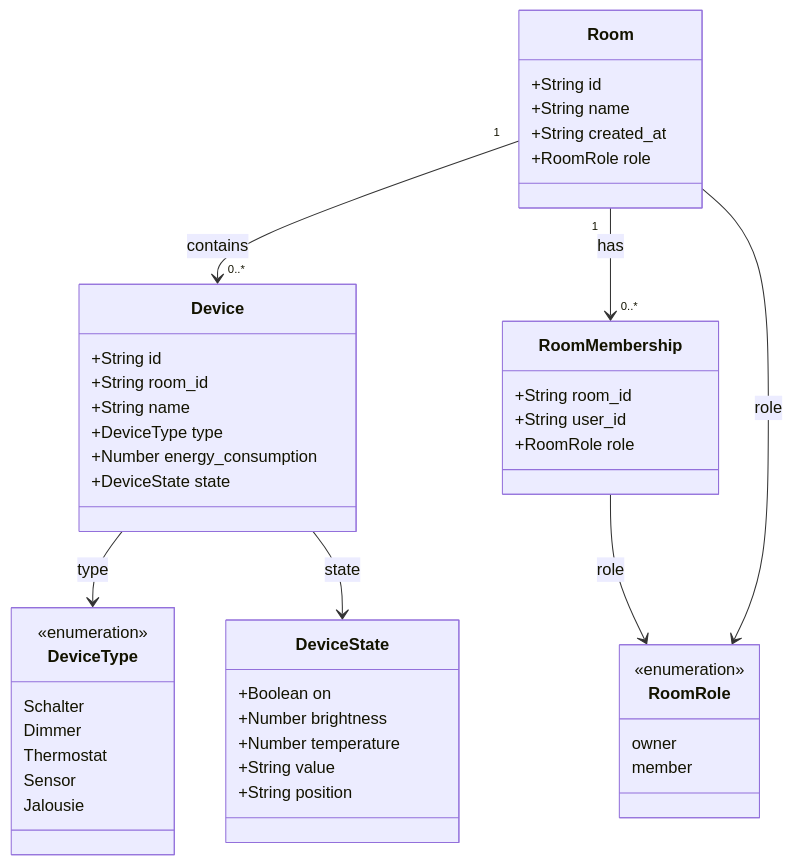
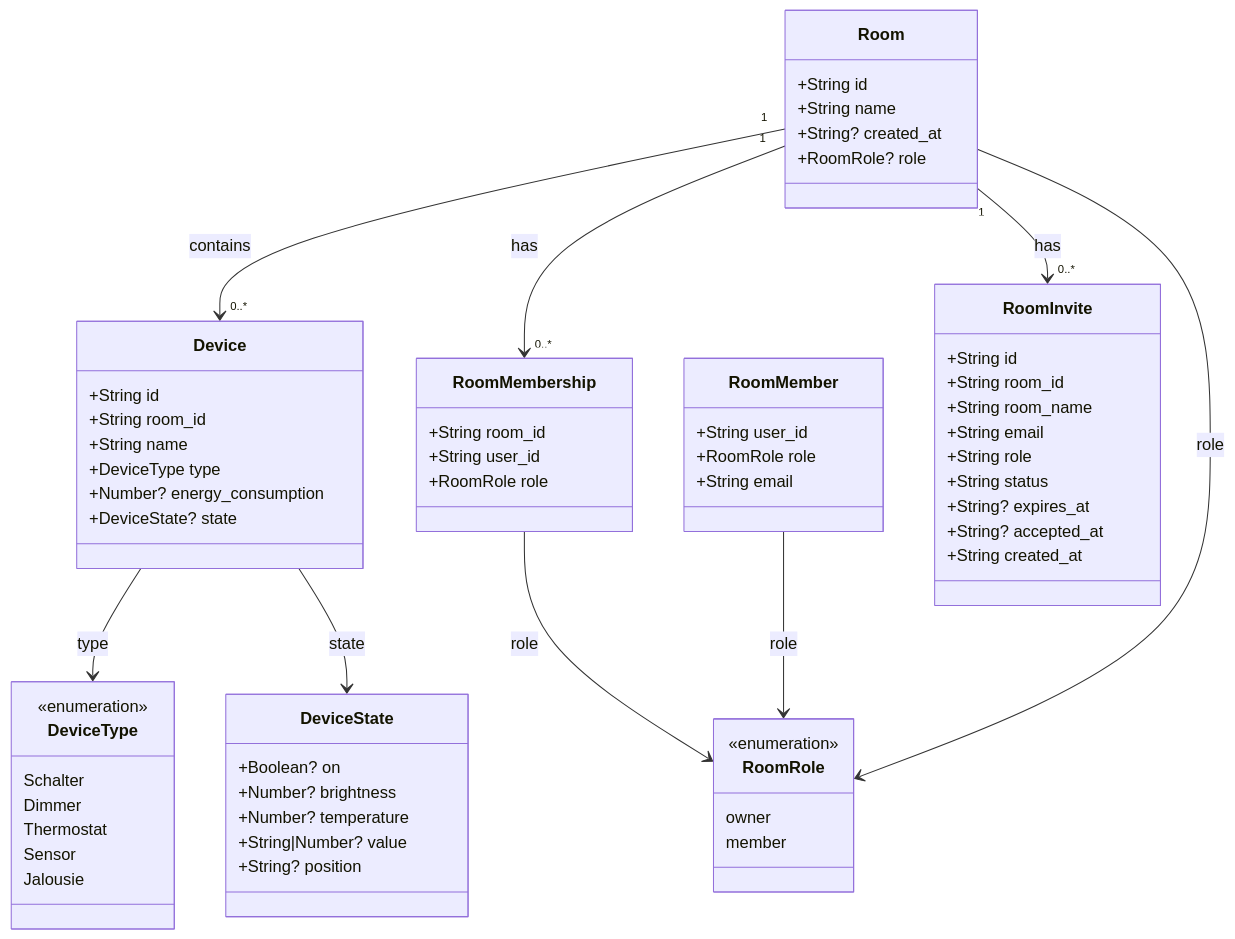
Before and after one commit to jku-win-se/teaching-2026.ss.prse.braeuer.team5: the fifth of 5 diagrams in docs/uml-diagram.md, drawn with Mermaid. The commit also changed other lines of this file, not shown here.

Commit message:
#73 [0.1] Update UML diagram für release v0.1.1

````diff
--- a/docs/uml-diagram.md
+++ b/docs/uml-diagram.md
@@ -187,54 +169,74 @@
 ```mermaid
 classDiagram
     class Room {
         +String id
         +String name
-        +String created_at
-        +RoomRole role
+        +String? created_at
+        +RoomRole? role
     }
 
     class Device {
         +String id
         +String room_id
         +String name
         +DeviceType type
-        +Number energy_consumption
-        +DeviceState state
+        +Number? energy_consumption
+        +DeviceState? state
     }
 
     class DeviceType {
         <<enumeration>>
         Schalter
         Dimmer
         Thermostat
         Sensor
         Jalousie
     }
 
     class DeviceState {
-        +Boolean on
-        +Number brightness
-        +Number temperature
-        +String value
-        +String position
+        +Boolean? on
+        +Number? brightness
+        +Number? temperature
+        +String|Number? value
+        +String? position
     }
 
     class RoomRole {
         <<enumeration>>
         owner
         member
     }
 
     class RoomMembership {
         +String room_id
         +String user_id
         +RoomRole role
     }
 
+    class RoomMember {
+        +String user_id
+        +RoomRole role
+        +String email
+    }
+
+    class RoomInvite {
+        +String id
+        +String room_id
+        +String room_name
+        +String email
+        +String role
+        +String status
+        +String? expires_at
+        +String? accepted_at
+        +String created_at
+    }
+
     Room "1" --> "0..*" Device : contains
     Room "1" --> "0..*" RoomMembership : has
+    Room "1" --> "0..*" RoomInvite : has
     RoomMembership --> RoomRole : role
+    RoomMember --> RoomRole : role
     Room --> RoomRole : role
     Device --> DeviceType : type
     Device --> DeviceState : state
 ```
````
